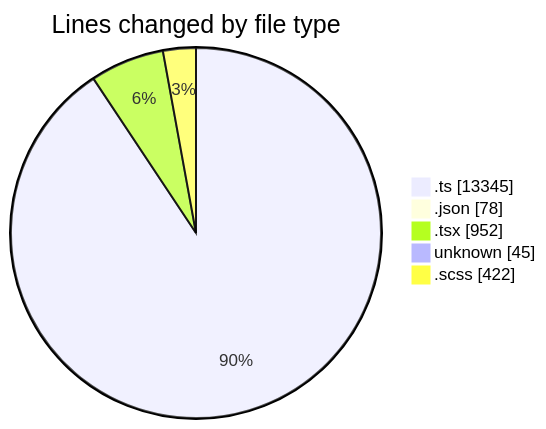
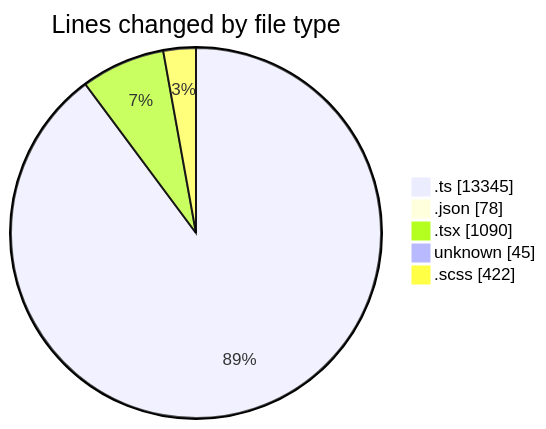
One commit to momahboobian/code-tracking changed the first of 2 diagrams in 2025-08-29/cda/README.md. Above: the diagram before and after it, drawn with Mermaid. The commit also changed other lines of this file and 1 other file, not shown here.

````diff
--- a/2025-08-29/cda/README.md
+++ b/2025-08-29/cda/README.md
@@ -30,9 +31,9 @@
 ```mermaid
 pie showData
 title Lines changed by file type
 ".ts" : 13345
 ".json" : 78
-".tsx" : 952
+".tsx" : 1090
 "unknown" : 45
 ".scss" : 422
 ```
````
